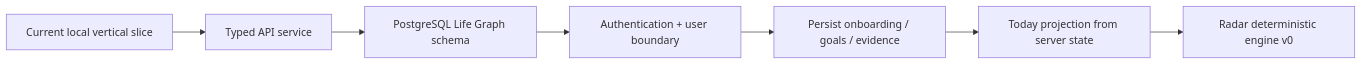
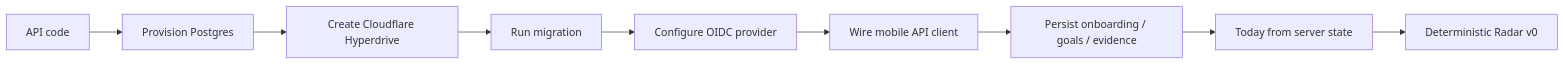
Before and after one commit to seq23/aplayer-mode: the third of 3 diagrams in docs/13-IMPLEMENTATION-STATUS.md, drawn with Mermaid. The commit also changed other lines of this file, not shown here.

Commit message:
docs: record API and Postgres foundation progress

````diff
--- a/docs/13-IMPLEMENTATION-STATUS.md
+++ b/docs/13-IMPLEMENTATION-STATUS.md
@@ -97,9 +127,11 @@
 ```mermaid
 flowchart LR
-  A[Current local vertical slice] --> B[Typed API service]
-  B --> C[PostgreSQL Life Graph schema]
-  C --> D[Authentication + user boundary]
-  D --> E[Persist onboarding / goals / evidence]
-  E --> F[Today projection from server state]
-  F --> G[Radar deterministic engine v0]
+  A[API code] --> B[Provision Postgres]
+  B --> C[Create Cloudflare Hyperdrive]
+  C --> D[Run migration]
+  D --> E[Configure OIDC provider]
+  E --> F[Wire mobile API client]
+  F --> G[Persist onboarding / goals / evidence]
+  G --> H[Today from server state]
+  H --> I[Deterministic Radar v0]
 ```
````
